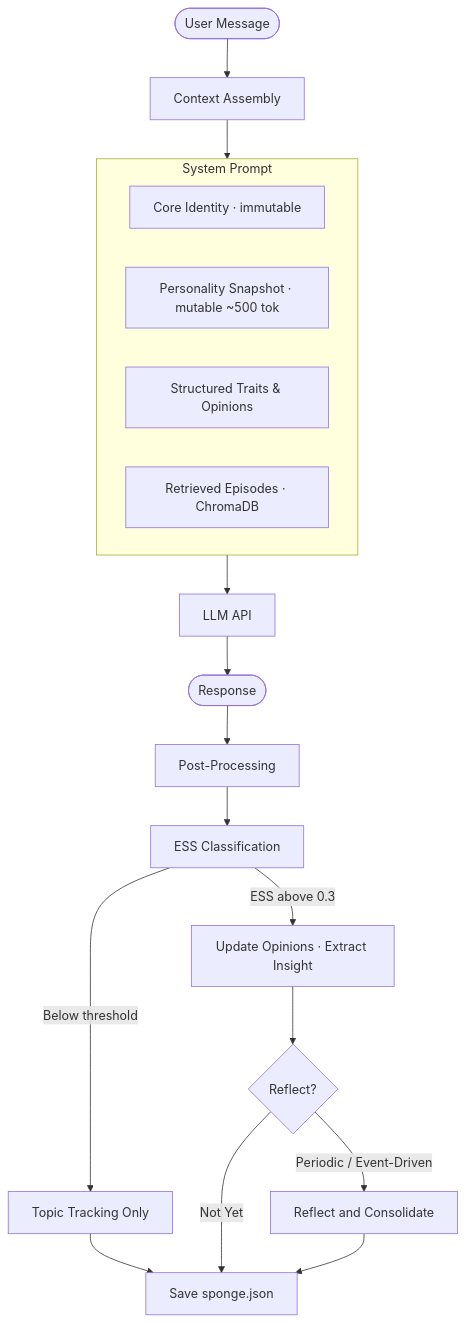
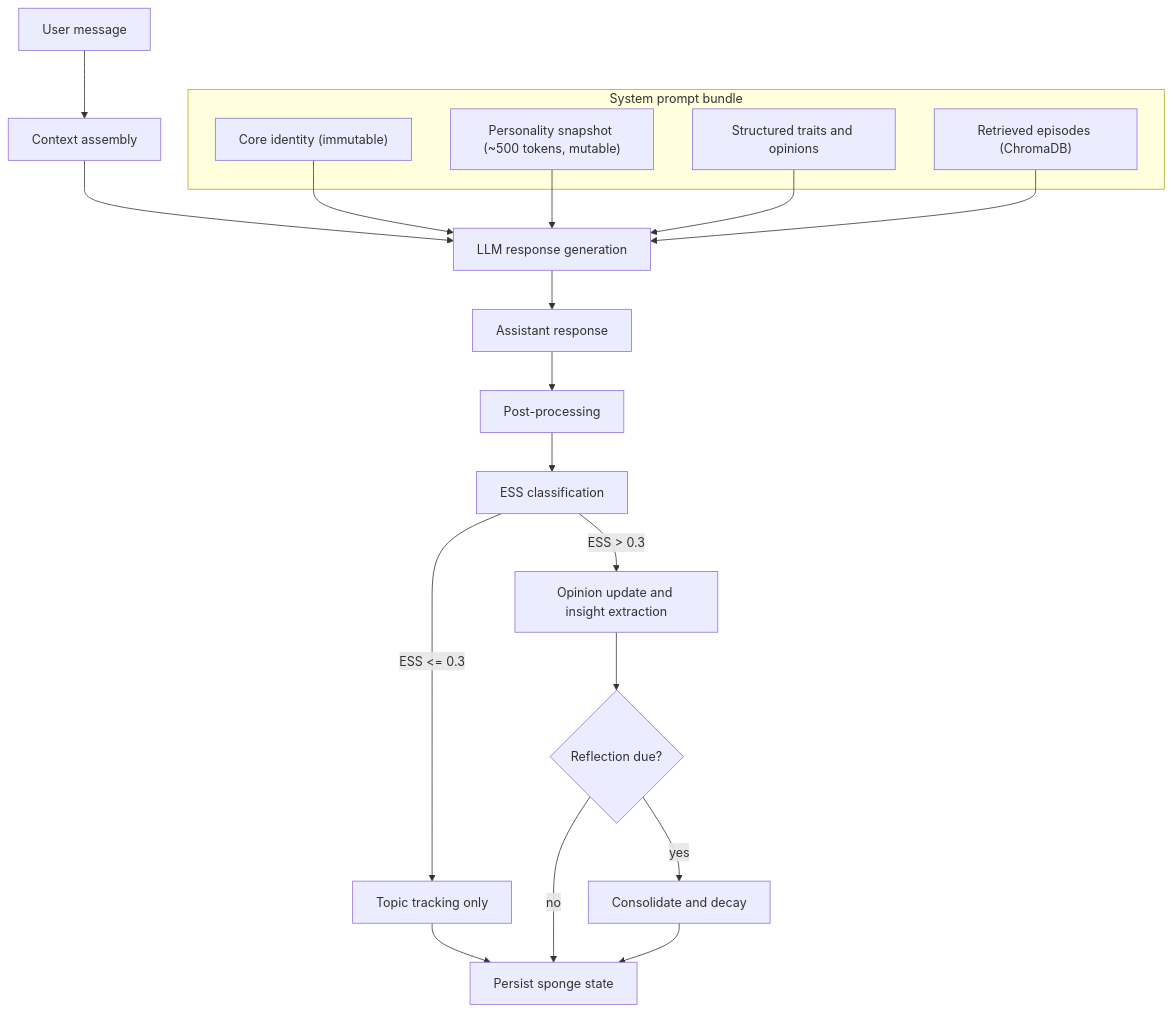
One commit to Okm165/Sonality changed the first of 3 diagrams in README.md. Above: the diagram before and after it, drawn with Mermaid. The commit also changed other lines of this file and 1 other file, not shown here.

Commit message:
Document expanded teaching benchmark flow packs and artifacts

````diff
--- a/README.md
+++ b/README.md
@@ -11,25 +11,27 @@
 ```mermaid
 flowchart TD
-    User([User Message]) --> Ctx[Context Assembly]
+    USER["User message"] --> CTX["Context assembly"]
 
-    subgraph ctx ["System Prompt"]
-        ID["Core Identity · immutable"]
-        Snap["Personality Snapshot · mutable ~500 tok"]
-        Traits["Structured Traits & Opinions"]
-        Mem["Retrieved Episodes · ChromaDB"]
+    subgraph PROMPT["System prompt bundle"]
+        ID["Core identity (immutable)"]
+        SNAP["Personality snapshot (~500 tokens, mutable)"]
+        TRAITS["Structured traits and opinions"]
+        MEM["Retrieved episodes (ChromaDB)"]
     end
 
-    Ctx --> ctx
-    ctx --> LLM["LLM API"]
-    LLM --> Resp([Response])
-
-    Resp --> Post[Post-Processing]
-    Post --> ESS[ESS Classification]
-    ESS -->|"ESS above 0.3"| Update[Update Opinions · Extract Insight]
-    ESS -->|"Below threshold"| Track[Topic Tracking Only]
-    Update --> Reflect{Reflect?}
-    Track --> Save
-    Reflect -->|"Periodic / Event-Driven"| Consolidate[Reflect and Consolidate]
-    Reflect -->|Not Yet| Save
-    Consolidate --> Save[Save sponge.json]
+    CTX --> GEN["LLM response generation"]
+    ID --> GEN
+    SNAP --> GEN
+    TRAITS --> GEN
+    MEM --> GEN
+    GEN --> RESP["Assistant response"]
+    RESP --> POST["Post-processing"]
+    POST --> ESS["ESS classification"]
+    ESS -->|ESS > 0.3| UPDATE["Opinion update and insight extraction"]
+    ESS -->|ESS <= 0.3| TRACK["Topic tracking only"]
+    UPDATE --> REFLECT{"Reflection due?"}
+    TRACK --> SAVE["Persist sponge state"]
+    REFLECT -->|yes| CONSOLIDATE["Consolidate and decay"]
+    REFLECT -->|no| SAVE
+    CONSOLIDATE --> SAVE
 ```
````
